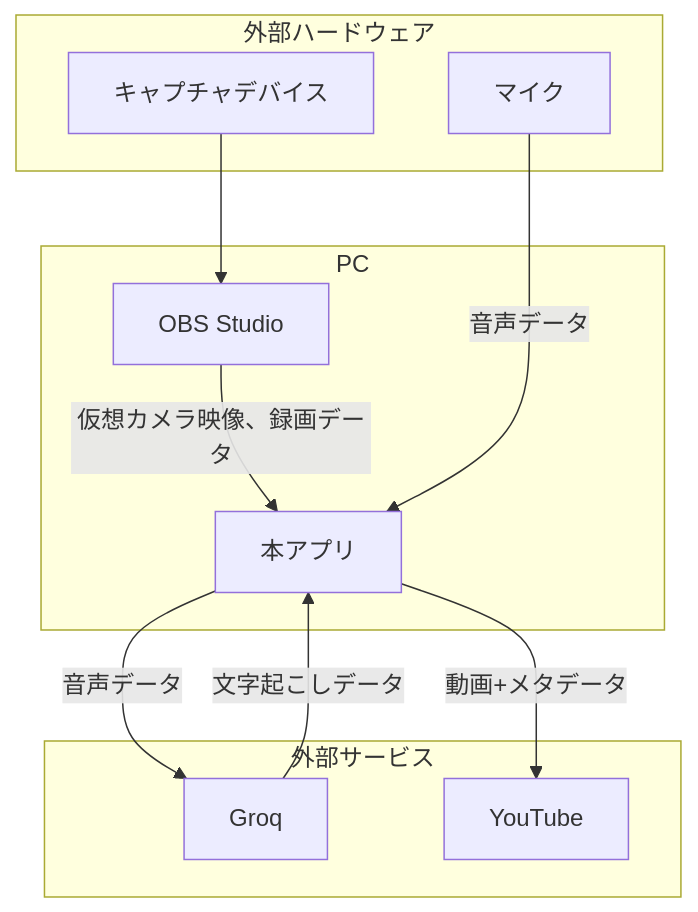
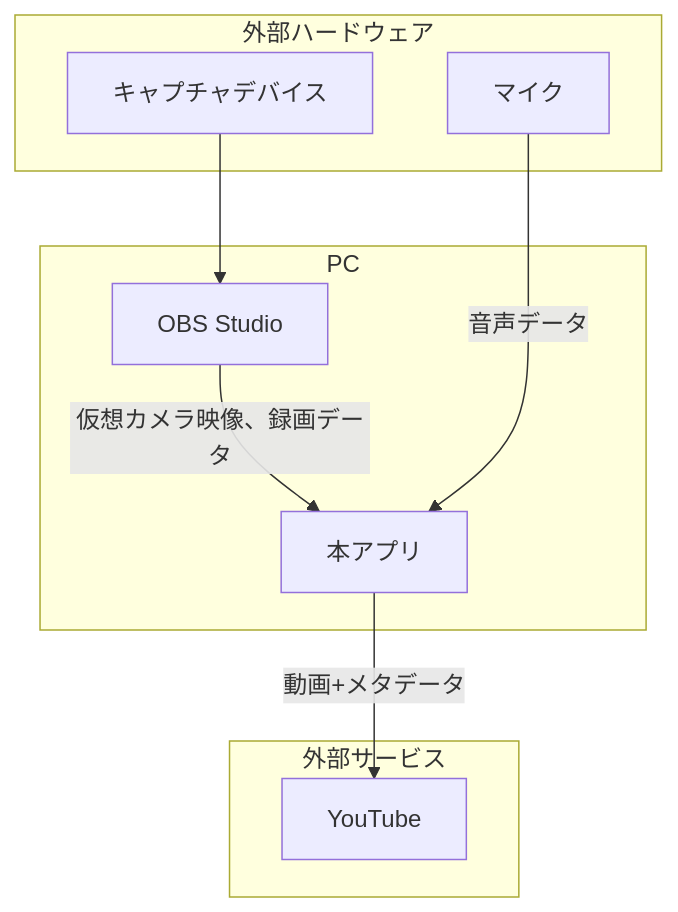
One commit to saw4405/splat-replay2 changed the second of 6 diagrams in docs/external_spec.md. Above: the diagram before and after it, drawn with Mermaid. The commit also changed other lines of this file and 41 other files, not shown here.

````diff
--- a/docs/external_spec.md
+++ b/docs/external_spec.md
@@ -34,19 +34,16 @@
 ```mermaid
 graph TD
     subgraph 外部ハードウェア
         Microphone[マイク]
         CaptureDevice[キャプチャデバイス]
     end
     subgraph 外部サービス
-        Groq[Groq]
         YouTube[YouTube]
     end
     subgraph PC
         CaptureDevice --> OBS[OBS Studio]
         OBS -- 仮想カメラ映像、録画データ --> App[本アプリ]
         Microphone[マイク] -- 音声データ --> App
-        App -- 音声データ --> Groq
-        Groq -- 文字起こしデータ --> App
         App -- 動画+メタデータ --> YouTube
     end
 ```
````
